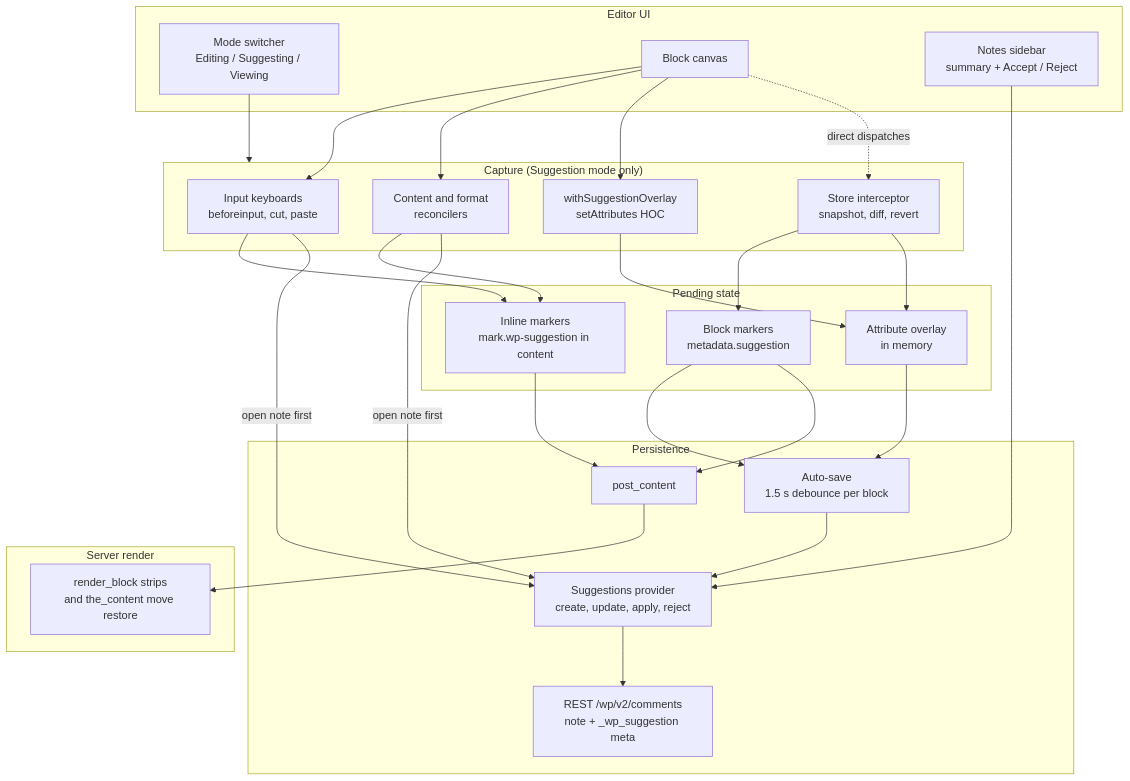
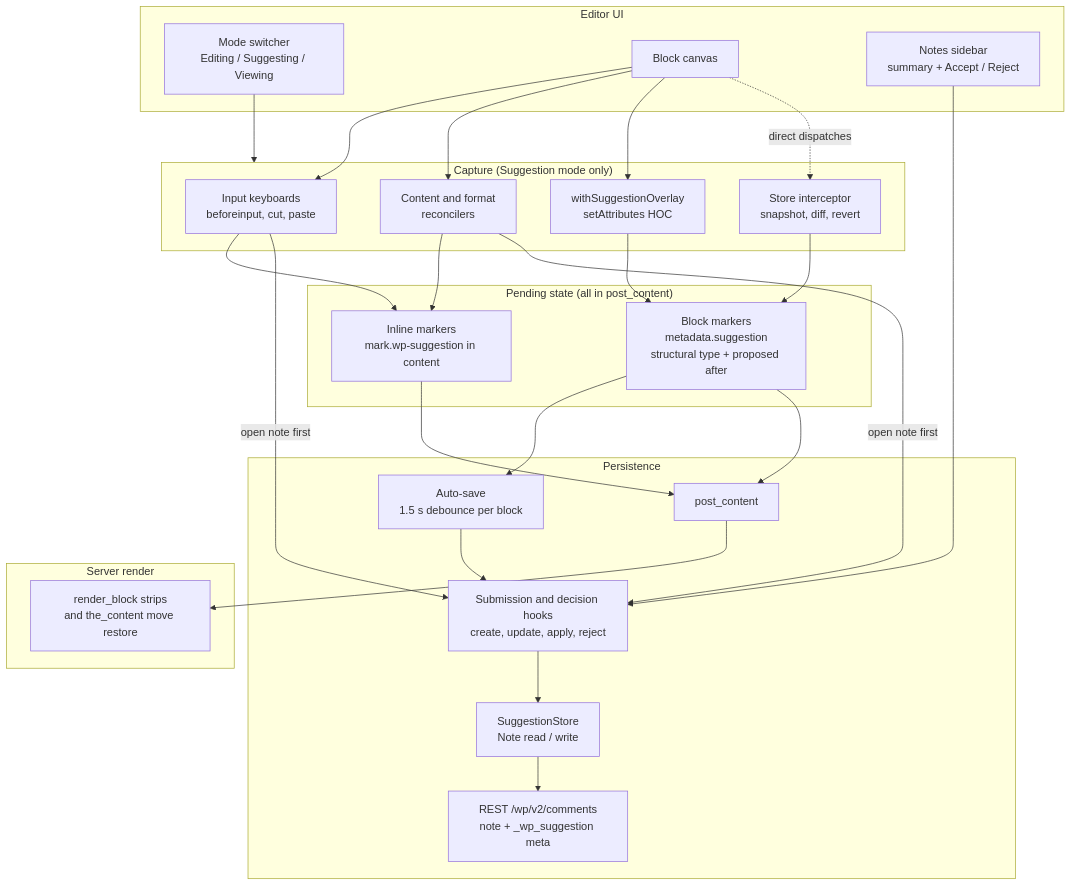
The first of 8 diagrams in docs/explanations/architecture/suggestions-overview.md (WordPress/gutenberg), drawn with Mermaid before and after one commit. The commit also changed other lines of this file, not shown here.

First line of the commit message:
Suggestion mode: Describe attribute proposals and the store split in the overview

````diff
--- a/docs/explanations/architecture/suggestions-overview.md
+++ b/docs/explanations/architecture/suggestions-overview.md
@@ -32,44 +33,43 @@
 ```mermaid
 flowchart TB
     subgraph UI["Editor UI"]
         Switcher["Mode switcher<br/>Editing / Suggesting / Viewing"]
         Canvas["Block canvas"]
         Sidebar["Notes sidebar<br/>summary + Accept / Reject"]
     end
 
     subgraph Capture["Capture (Suggestion mode only)"]
         Keyboards["Input keyboards<br/>beforeinput, cut, paste"]
         Reconciler["Content and format<br/>reconcilers"]
         HOC["withSuggestionOverlay<br/>setAttributes HOC"]
         Interceptor["Store interceptor<br/>snapshot, diff, revert"]
     end
 
-    subgraph State["Pending state"]
+    subgraph State["Pending state (all in post_content)"]
         Inline["Inline markers<br/>mark.wp-suggestion in content"]
-        BlockMarker["Block markers<br/>metadata.suggestion"]
-        Overlay["Attribute overlay<br/>in memory"]
+        BlockMarker["Block markers<br/>metadata.suggestion<br/>structural type + proposed after"]
     end
 
     subgraph Persist["Persistence"]
         AutoSave["Auto-save<br/>1.5 s debounce per block"]
-        Provider["Suggestions provider<br/>create, update, apply, reject"]
+        Provider["Submission and decision hooks<br/>create, update, apply, reject"]
+        Store["SuggestionStore<br/>Note read / write"]
         REST["REST /wp/v2/comments<br/>note + _wp_suggestion meta"]
         Post["post_content"]
     end
 
     subgraph Server["Server render"]
         Strip["render_block strips<br/>and the_content move restore"]
     end
 
     Switcher --> Capture
     Canvas --> Keyboards & Reconciler & HOC
     Canvas -. direct dispatches .-> Interceptor
     Keyboards & Reconciler --> Inline
-    Interceptor --> BlockMarker
-    HOC & Interceptor --> Overlay
+    HOC & Interceptor --> BlockMarker
     Keyboards & Reconciler -- open note first --> Provider
-    Overlay & BlockMarker --> AutoSave --> Provider --> REST
+    BlockMarker --> AutoSave --> Provider --> Store --> REST
     Inline & BlockMarker --> Post
     Sidebar --> Provider
     Post --> Strip
 ```
````
